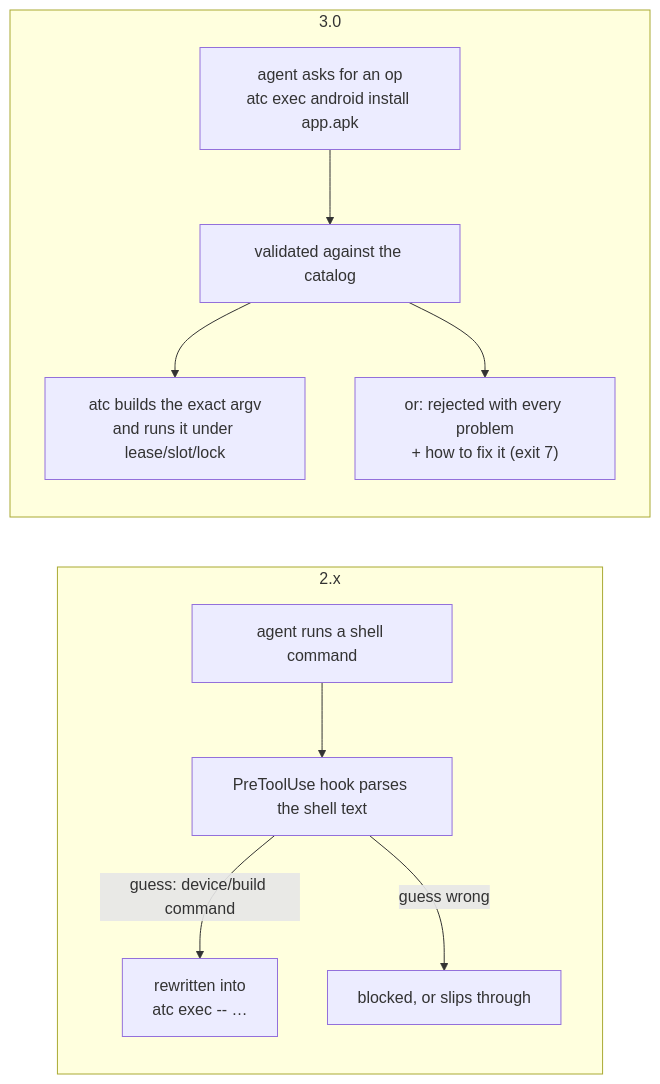
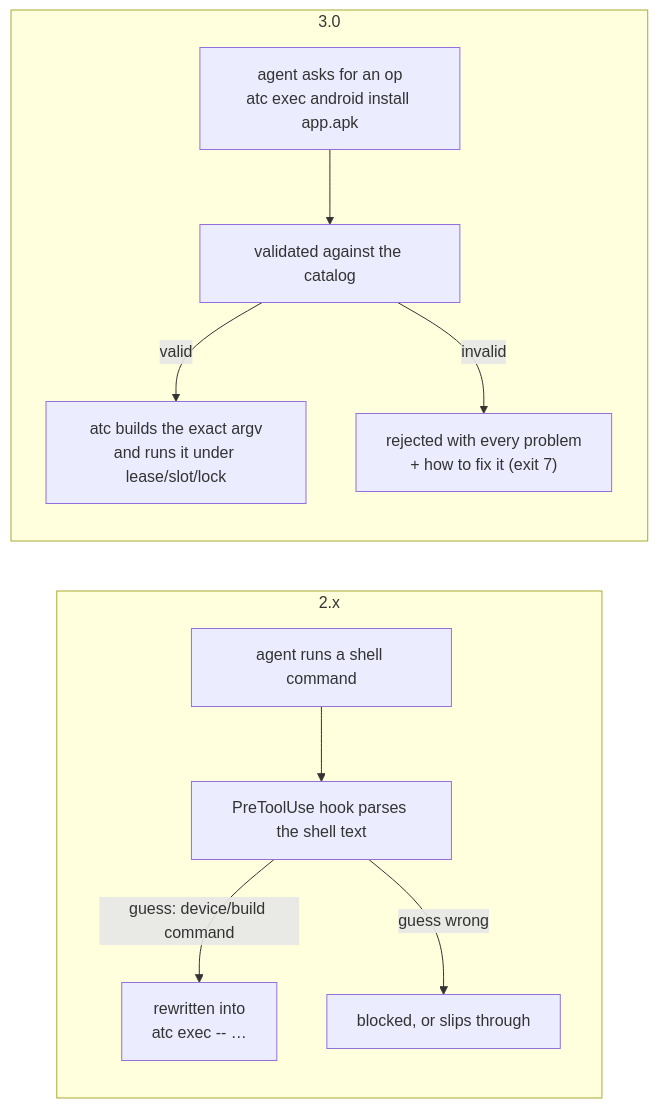
The diagram in docs/migration-3.0.md (rock3r/atc), drawn with Mermaid before and after one commit. The commit also changed other lines of this file and 12 other files, not shown here.

Commit message:
docs: Gemini Argon cleanup pass (accuracy, consistency, diagrams)

````diff
--- a/docs/migration-3.0.md
+++ b/docs/migration-3.0.md
@@ -5,15 +5,15 @@
 ```mermaid
 flowchart LR
     subgraph Before["2.x"]
         direction TB
         a1["agent runs a shell command"] --> h1["PreToolUse hook parses the shell text"]
         h1 -->|"guess: device/build command"| r1["rewritten into<br/>atc exec -- …"]
         h1 -->|"guess wrong"| x1["blocked, or slips through"]
     end
     subgraph After["3.0"]
         direction TB
         a2["agent asks for an op<br/>atc exec android install app.apk"] --> v2["validated against the catalog"]
-        v2 --> r2["atc builds the exact argv<br/>and runs it under lease/slot/lock"]
-        v2 --> x2["or: rejected with every problem<br/>+ how to fix it (exit 7)"]
+        v2 -->|"valid"| r2["atc builds the exact argv<br/>and runs it under lease/slot/lock"]
+        v2 -->|"invalid"| x2["rejected with every problem<br/>+ how to fix it (exit 7)"]
     end
 ```
````
